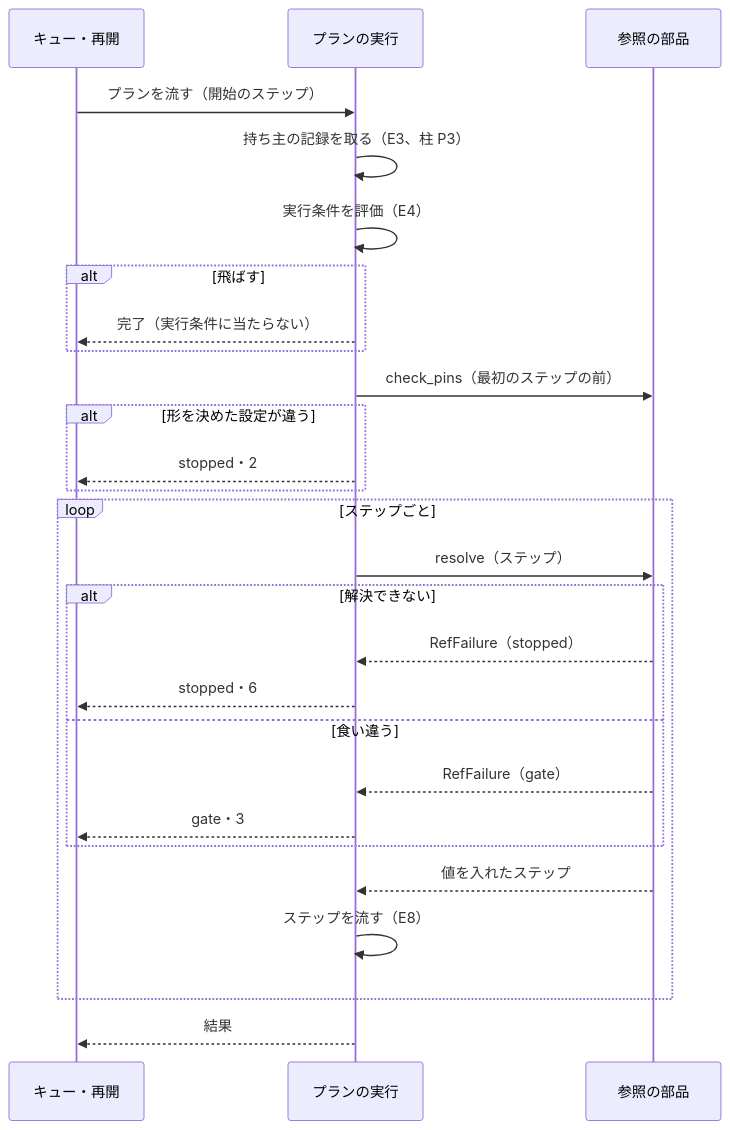
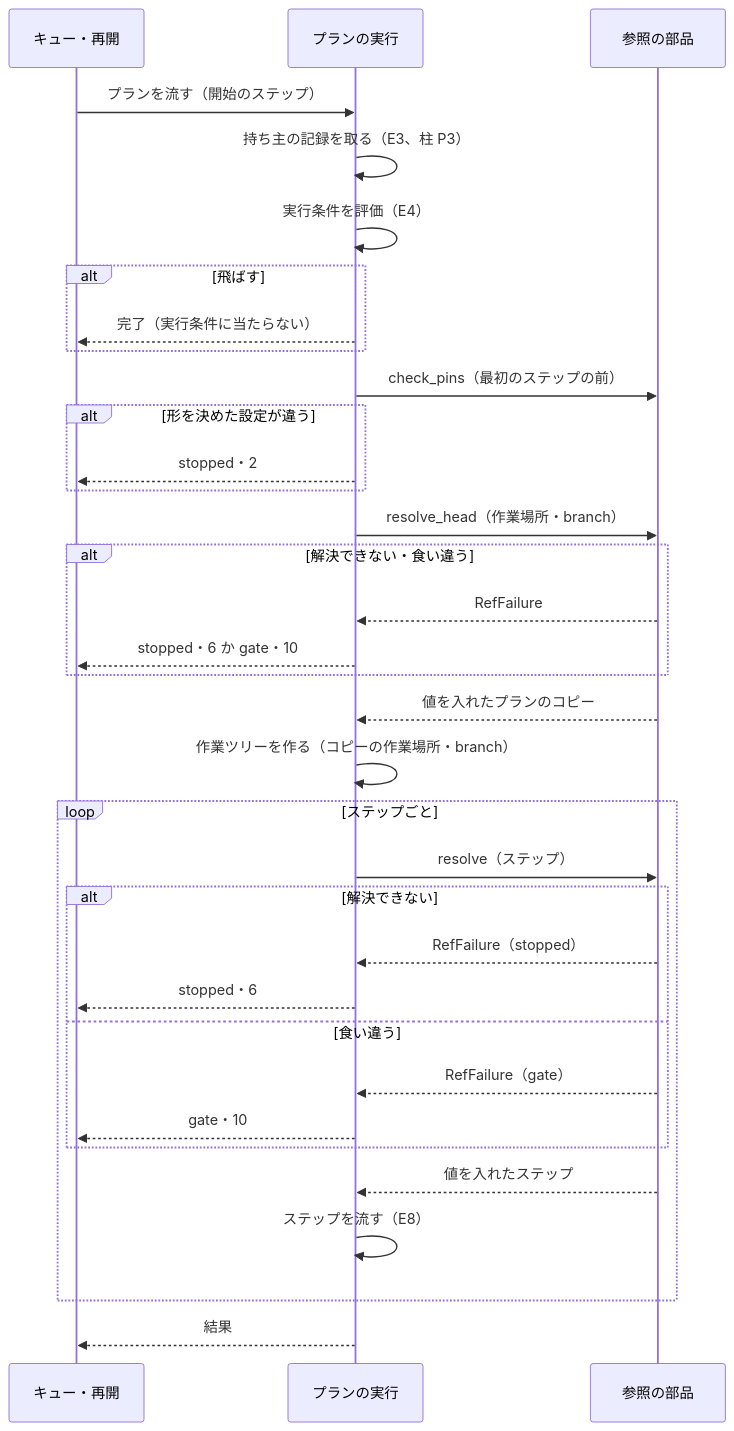
One commit to devbasex/ai-plugins changed the third of 5 diagrams in issues/issue-2344-design.md. Above: the diagram before and after it, drawn with Mermaid. The commit also changed other lines of this file and 1 other file, not shown here.

````diff
--- a/issues/issue-2344-design.md
+++ b/issues/issue-2344-design.md
@@ -329,29 +333,36 @@
 ```mermaid
 sequenceDiagram
     participant C as キュー・再開
     participant E as プランの実行
     participant F as 参照の部品
     C->>E: プランを流す（開始のステップ）
     E->>E: 持ち主の記録を取る（E3、柱 P3）
     E->>E: 実行条件を評価（E4）
     alt 飛ばす
         E-->>C: 完了（実行条件に当たらない）
     end
     E->>F: check_pins（最初のステップの前）
     alt 形を決めた設定が違う
         E-->>C: stopped・2
     end
+    E->>F: resolve_head（作業場所・branch）
+    alt 解決できない・食い違う
+        F-->>E: RefFailure
+        E-->>C: stopped・6 か gate・10
+    end
+    F-->>E: 値を入れたプランのコピー
+    E->>E: 作業ツリーを作る（コピーの作業場所・branch）
     loop ステップごと
         E->>F: resolve（ステップ）
         alt 解決できない
             F-->>E: RefFailure（stopped）
             E-->>C: stopped・6
         else 食い違う
             F-->>E: RefFailure（gate）
-            E-->>C: gate・3
+            E-->>C: gate・10
         end
         F-->>E: 値を入れたステップ
         E->>E: ステップを流す（E8）
     end
     E-->>C: 結果
 ```
````
